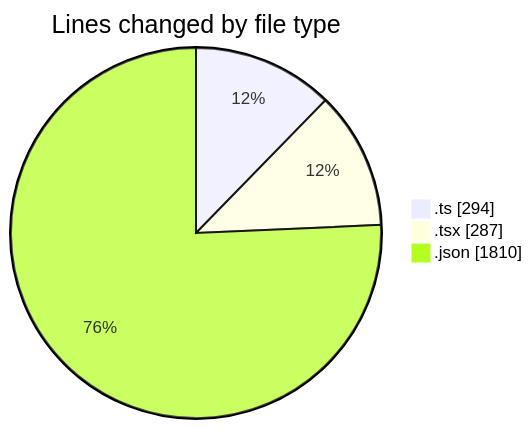
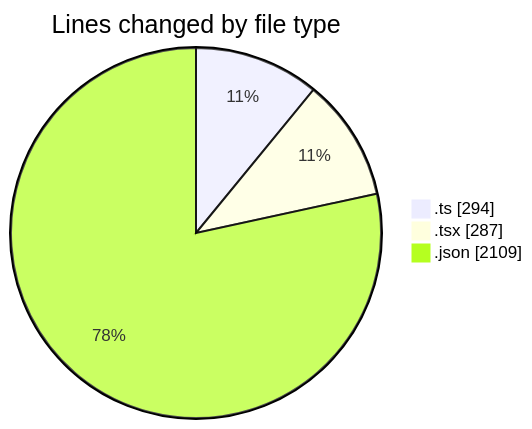
One commit to julien-gomy/code-tracking changed the first of 2 diagrams in 2025-11-13/eventscop-frontend-guide__workspace_/README.md. Above: the diagram before and after it, drawn with Mermaid. The commit also changed other lines of this file and 1 other file, not shown here.

````diff
--- a/2025-11-13/eventscop-frontend-guide__workspace_/README.md
+++ b/2025-11-13/eventscop-frontend-guide__workspace_/README.md
@@ -25,7 +26,7 @@
 ```mermaid
 pie showData
 title Lines changed by file type
 ".ts" : 294
 ".tsx" : 287
-".json" : 1810
+".json" : 2109
 ```
````
